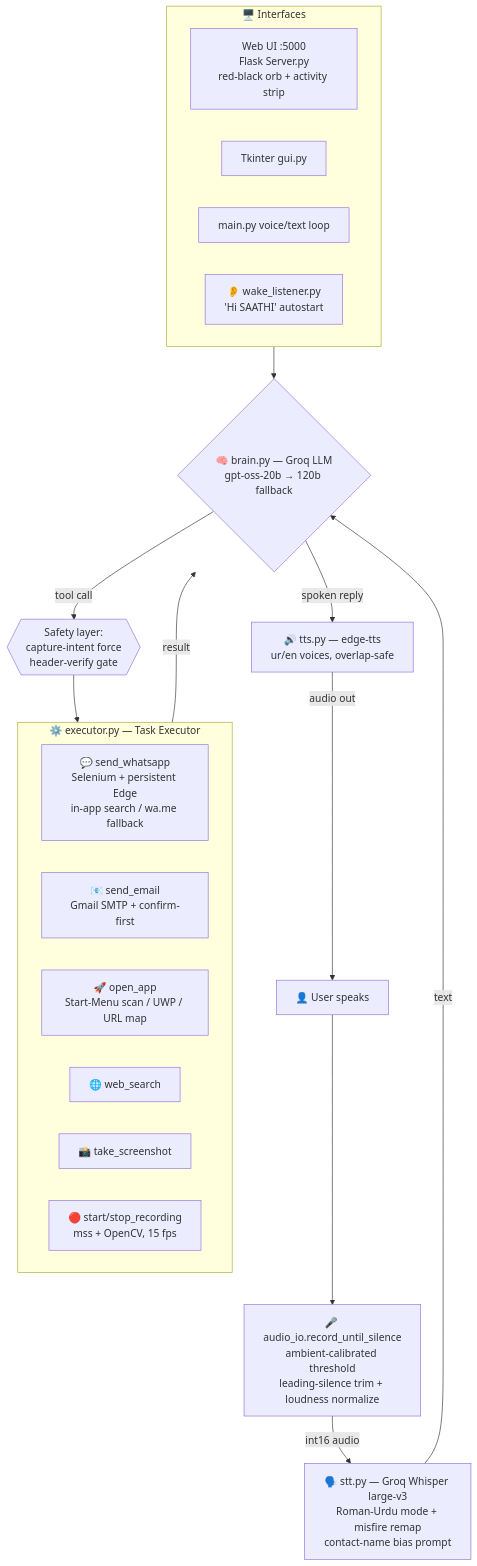
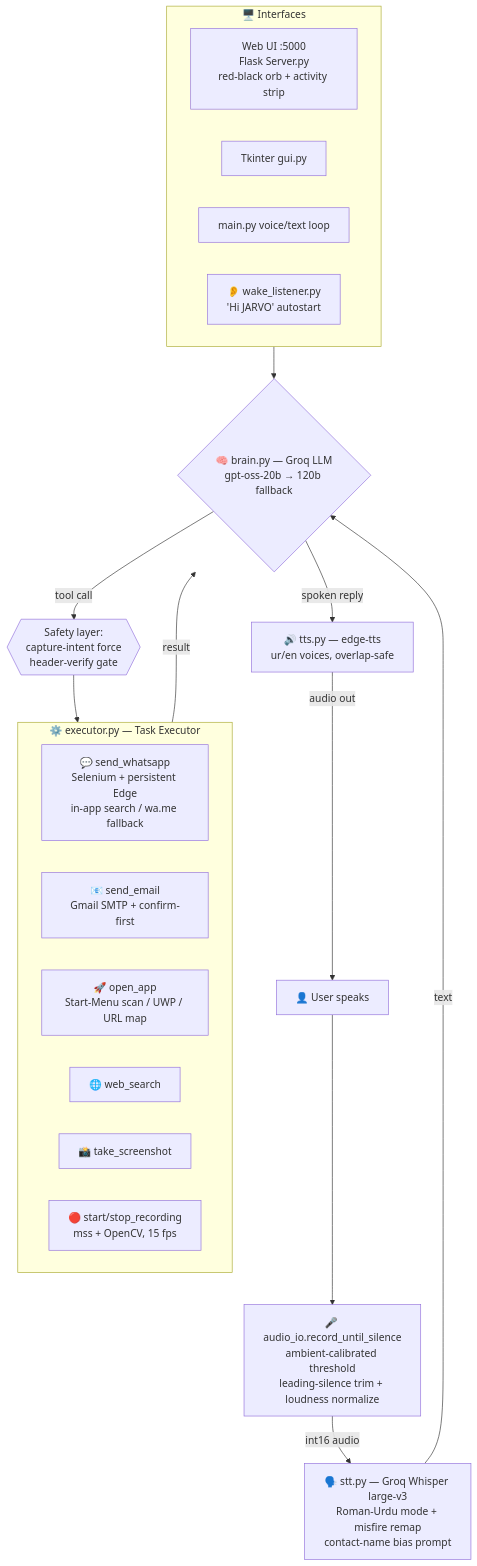
The diagram in ARCHITECTURE.md (remshabangash/jarvo), drawn with Mermaid before and after one commit. The commit also changed other lines of this file and 23 other files, not shown here.

First line of the commit message:
rebrand SAATHI -> JARVO across code, docs, UI, and wake word

````diff
--- a/ARCHITECTURE.md
+++ b/ARCHITECTURE.md
@@ -11,30 +11,30 @@
 ```mermaid
 flowchart TD
     U[👤 User speaks] --> MIC[🎤 audio_io.record_until_silence<br/>ambient-calibrated threshold<br/>leading-silence trim + loudness normalize]
     MIC -->|int16 audio| STT[🗣️ stt.py — Groq Whisper large-v3<br/>Roman-Urdu mode + misfire remap<br/>contact-name bias prompt]
     STT -->|text| BRAIN{🧠 brain.py — Groq LLM<br/>gpt-oss-20b → 120b fallback}
 
     BRAIN -->|tool call| GUARD{{Safety layer:<br/>capture-intent force<br/>header-verify gate}}
     GUARD --> EXE
 
     subgraph EXE [⚙️ executor.py — Task Executor]
         WA[💬 send_whatsapp<br/>Selenium + persistent Edge<br/>in-app search / wa.me fallback]
         EM[📧 send_email<br/>Gmail SMTP + confirm-first]
         APP[🚀 open_app<br/>Start-Menu scan / UWP / URL map]
         WS[🌐 web_search]
         SC[📸 take_screenshot]
         RC[🔴 start/stop_recording<br/>mss + OpenCV, 15 fps]
     end
 
     EXE -->|result| BRAIN
     BRAIN -->|spoken reply| TTS[🔊 tts.py — edge-tts<br/>ur/en voices, overlap-safe]
     TTS -->|audio out| U
 
     subgraph UI [🖥️ Interfaces]
         WEB[Web UI :5000<br/>Flask Server.py<br/>red-black orb + activity strip]
         TK[Tkinter gui.py]
         CLI[main.py voice/text loop]
-        WAKE[👂 wake_listener.py<br/>'Hi SAATHI' autostart]
+        WAKE[👂 wake_listener.py<br/>'Hi JARVO' autostart]
     end
     UI --> BRAIN
 ```
````
